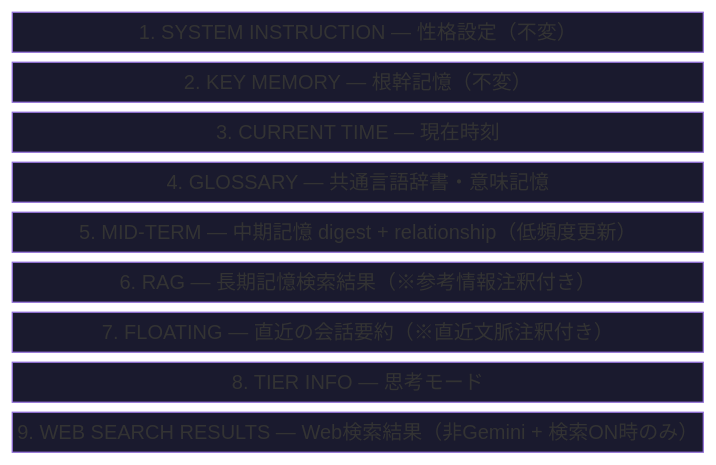
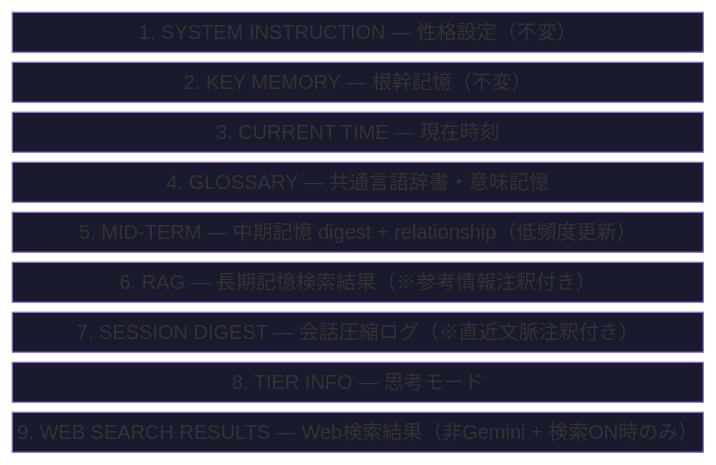
The second of 7 diagrams in docs/DIAGRAMS.ja.md (unagisann/Butly), drawn with Mermaid before and after one commit. The commit also changed other lines of this file and 32 other files, not shown here.

Commit message:
refactor(memory): rename floating summary to session digest

````diff
--- a/docs/DIAGRAMS.ja.md
+++ b/docs/DIAGRAMS.ja.md
@@ -44,23 +44,23 @@
 ```mermaid
 block-beta
     columns 1
     A["1. SYSTEM INSTRUCTION — 性格設定（不変）"]
     B["2. KEY MEMORY — 根幹記憶（不変）"]
     C["3. CURRENT TIME — 現在時刻"]
     D["4. GLOSSARY — 共通言語辞書・意味記憶"]
     E["5. MID-TERM — 中期記憶 digest + relationship（低頻度更新）"]
     F["6. RAG — 長期記憶検索結果（※参考情報注釈付き）"]
-    G["7. FLOATING — 直近の会話要約（※直近文脈注釈付き）"]
+    G["7. SESSION DIGEST — 会話圧縮ログ（※直近文脈注釈付き）"]
     H["8. TIER INFO — 思考モード"]
     I["9. WEB SEARCH RESULTS — Web検索結果（非Gemini + 検索ON時のみ）"]
 
     style A fill:#1a1a2e,color:#ec4899
     style B fill:#1a1a2e,color:#f59e0b
     style C fill:#1a1a2e,color:#8899aa
     style D fill:#1a1a2e,color:#a78bfa
     style E fill:#1a1a2e,color:#10b981
     style F fill:#1a1a2e,color:#ef4444
     style G fill:#1a1a2e,color:#3b82f6
     style H fill:#1a1a2e,color:#556677
     style I fill:#1a1a2e,color:#f97316
 ```
````
